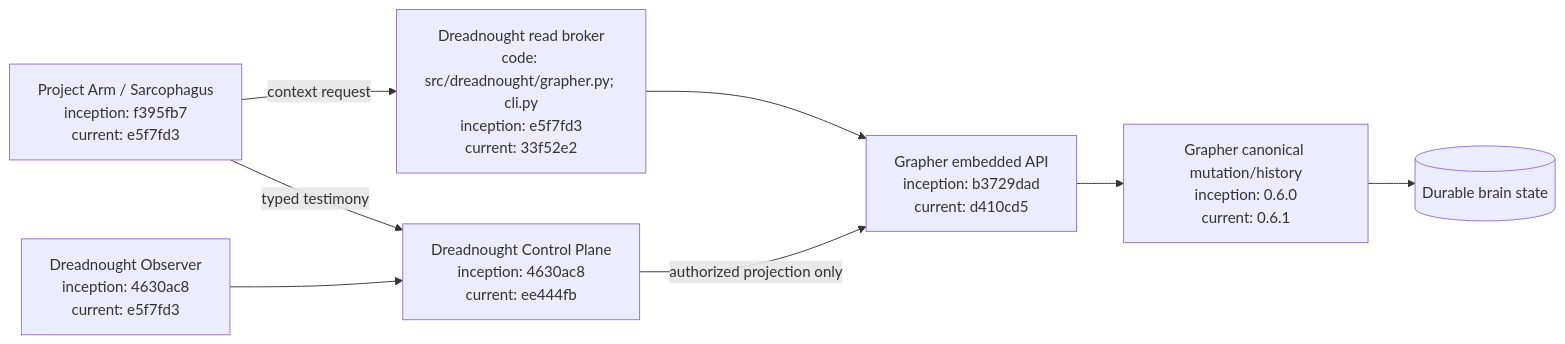
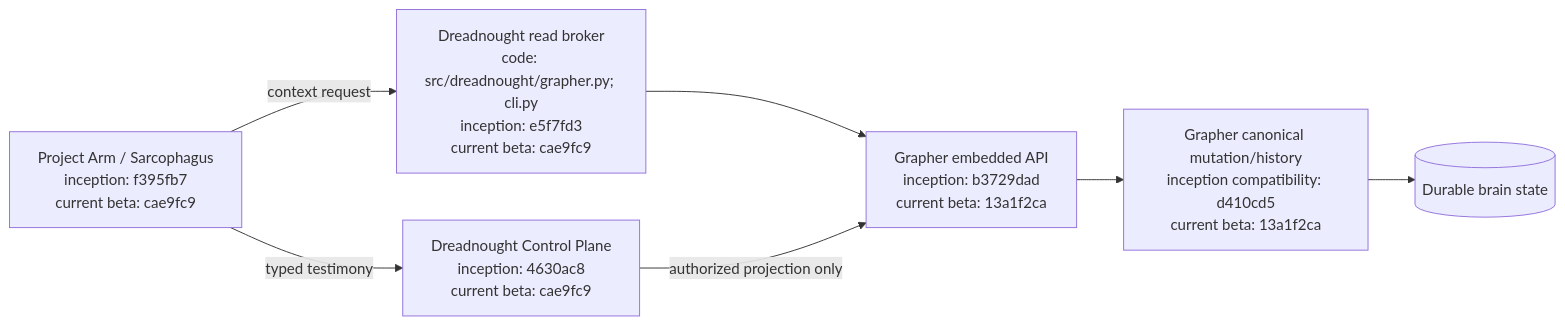
The first of 2 diagrams in docs/GRAPHER_INTEGRATION.md (seanbman/dreadnought), drawn with Mermaid before and after one commit. The commit also changed other lines of this file, not shown here.

Commit message:
Update Dreadnought Grapher compatibility documentation for beta

````diff
--- a/docs/GRAPHER_INTEGRATION.md
+++ b/docs/GRAPHER_INTEGRATION.md
@@ -79,10 +73,9 @@
 ```mermaid
 flowchart LR
-    A["Project Arm / Sarcophagus\ninception: f395fb7\ncurrent: e5f7fd3"] -->|typed testimony| D["Dreadnought Control Plane\ninception: 4630ac8\ncurrent: ee444fb"]
-    O["Dreadnought Observer\ninception: 4630ac8\ncurrent: e5f7fd3"] --> D
-    A -->|context request| R["Dreadnought read broker\ncode: src/dreadnought/grapher.py; cli.py\ninception: e5f7fd3\ncurrent: 33f52e2"]
-    R --> E["Grapher embedded API\ninception: b3729dad\ncurrent: d410cd5"]
+    A["Project Arm / Sarcophagus\ninception: f395fb7\ncurrent beta: cae9fc9"] -->|typed testimony| D["Dreadnought Control Plane\ninception: 4630ac8\ncurrent beta: cae9fc9"]
+    A -->|context request| R["Dreadnought read broker\ncode: src/dreadnought/grapher.py; cli.py\ninception: e5f7fd3\ncurrent beta: cae9fc9"]
+    R --> E["Grapher embedded API\ninception: b3729dad\ncurrent beta: 13a1f2ca"]
     D -->|authorized projection only| E
-    E --> G["Grapher canonical mutation/history\ninception: 0.6.0\ncurrent: 0.6.1"]
+    E --> G["Grapher canonical mutation/history\ninception compatibility: d410cd5\ncurrent beta: 13a1f2ca"]
     G --> B[("Durable brain state")]
 ```
````
